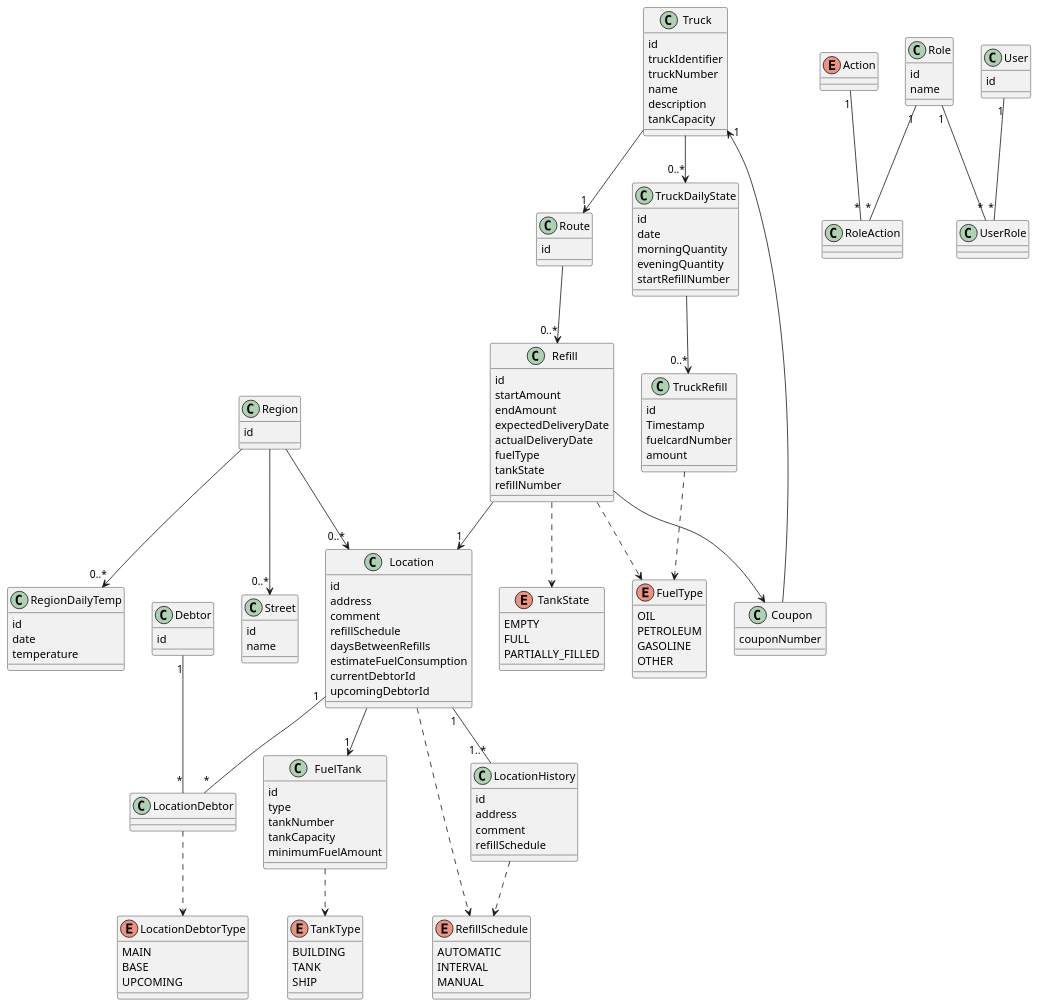
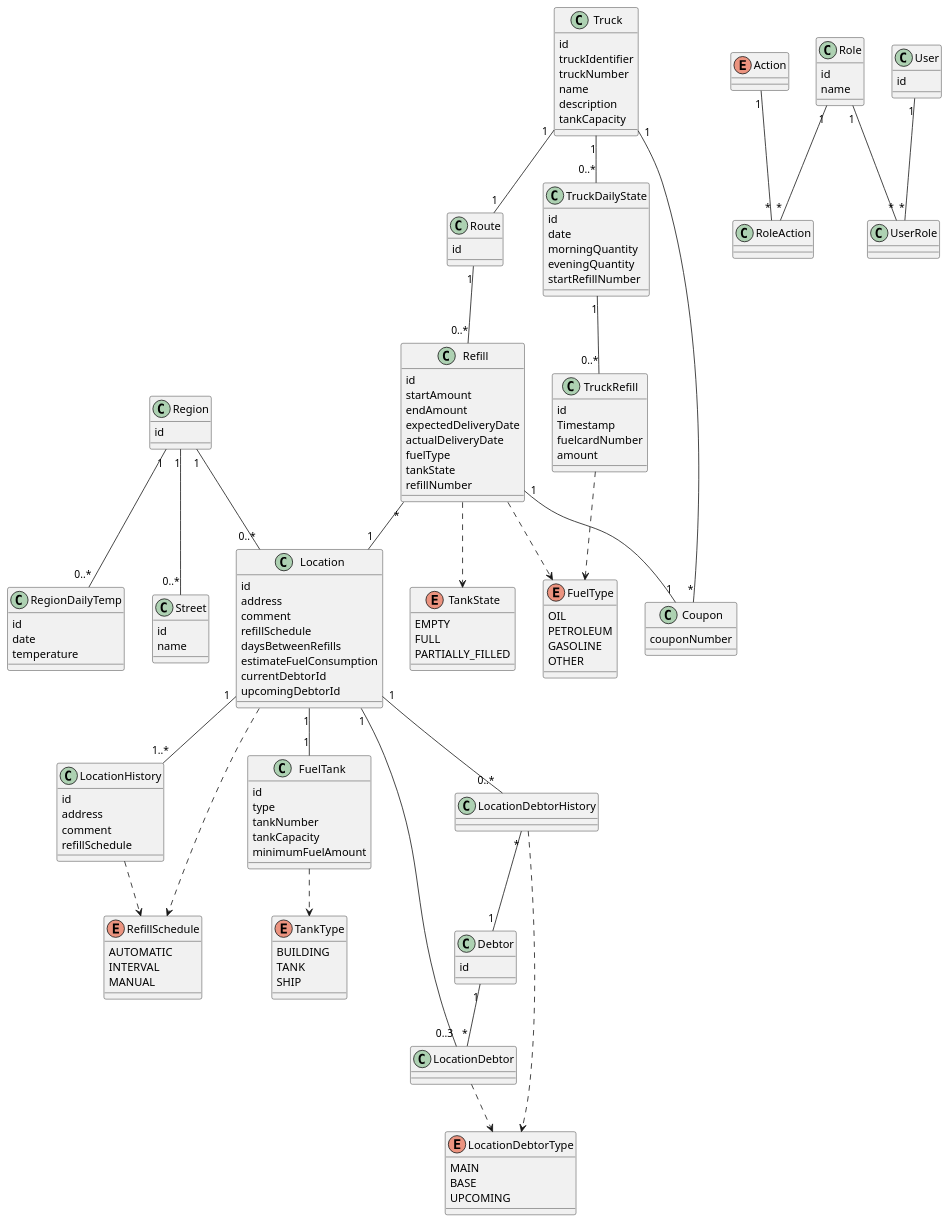
Before and after one commit to IT-Minds/client_comby_oilcontrols: the diagram in docs/entity-datamodel.md, drawn with PlantUML. The commit also changed 1 other file, not shown here.

Commit message:
added in the LocationDebtorHistory entity.

```diff
--- a/docs/entity-datamodel.md
+++ b/docs/entity-datamodel.md
@@ -150,27 +150,34 @@
   id
 }
 
-Truck --> "1" Route
-Route --> "0..*" Refill
-Refill --> "1" Location
-Refill --> Coupon
+class LocationDebtorHistory {
+
+}
+
+Truck "1" -- "1" Route
+Route "1" -- "0..*" Refill
+Refill "*" -- "1" Location
+Refill "1" -- "1" Coupon
 Refill ..> FuelType
 FuelTank ..> TankType
 Refill ..> TankState
-Truck "1" <-- Coupon
-Region --> "0..*" Location
-Region --> "0..*" RegionDailyTemp
-Truck --> "0..*" TruckDailyState
-TruckDailyState --> "0..*" TruckRefill
+Truck "1" -- "*" Coupon
+Region "1" -- "0..*" Location
+Region "1" -- "0..*" RegionDailyTemp
+Truck "1" -- "0..*" TruckDailyState
+TruckDailyState "1" -- "0..*" TruckRefill
 TruckRefill ..> FuelType
-Region --> "0..*" Street
+Region "1" -- "0..*" Street
 Debtor "1" -- "*" LocationDebtor
-Location "1" -- "*" LocationDebtor
-Location --> "1" FuelTank
+Location "1" -- "0..3" LocationDebtor
+Location "1" -- "1" FuelTank
 Location ..> RefillSchedule
 LocationHistory ..> RefillSchedule
 Location "1" -- "1..*" LocationHistory
 LocationDebtor ..> LocationDebtorType
+Location "1" -- "0..*" LocationDebtorHistory
+LocationDebtorHistory "*" -- "1" Debtor
+LocationDebtorHistory ..> LocationDebtorType
 
 Action "1" -- "*" RoleAction
 Role "1" -- "*" RoleAction
```
